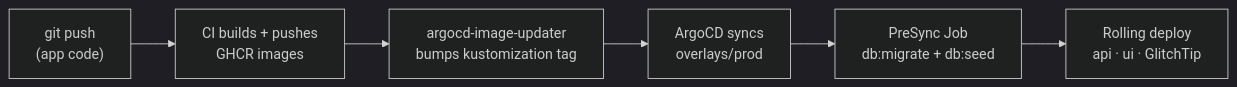
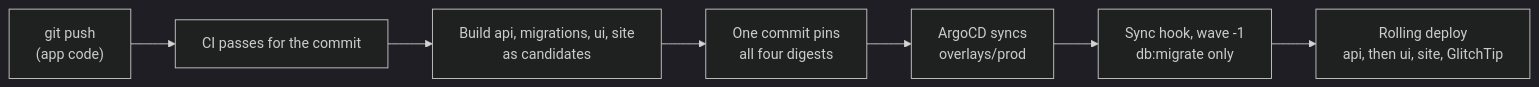
The diagram in apps/docs/src/content/docs/topics/provisioning-with-k3s.mdx (boringstack-xyz/boringstack), drawn with Mermaid (dark theme) before and after one commit. The commit also changed other lines of this file and 203 other files, not shown here.

````diff
--- a/apps/docs/src/content/docs/topics/provisioning-with-k3s.mdx
+++ b/apps/docs/src/content/docs/topics/provisioning-with-k3s.mdx
@@ -80,11 +86,12 @@
 ```mermaid
 flowchart LR
   push["git push<br/>(app code)"]
-  ci["CI builds + pushes<br/>GHCR images"]
-  iu["argocd-image-updater<br/>bumps kustomization tag"]
+  ci["CI passes for the commit"]
+  build["Build api, migrations, ui, site<br/>as candidates"]
+  pin["One commit pins<br/>all four digests"]
   argo["ArgoCD syncs<br/>overlays/prod"]
-  presync["PreSync Job<br/>db:migrate + db:seed"]
-  k8s["Rolling deploy<br/>api · ui · GlitchTip"]
+  mig["Sync hook, wave -1<br/>db:migrate only"]
+  k8s["Rolling deploy<br/>api, then ui, site, GlitchTip"]
 
-  push --> ci --> iu --> argo --> presync --> k8s
+  push --> ci --> build --> pin --> argo --> mig --> k8s
 ```
````
